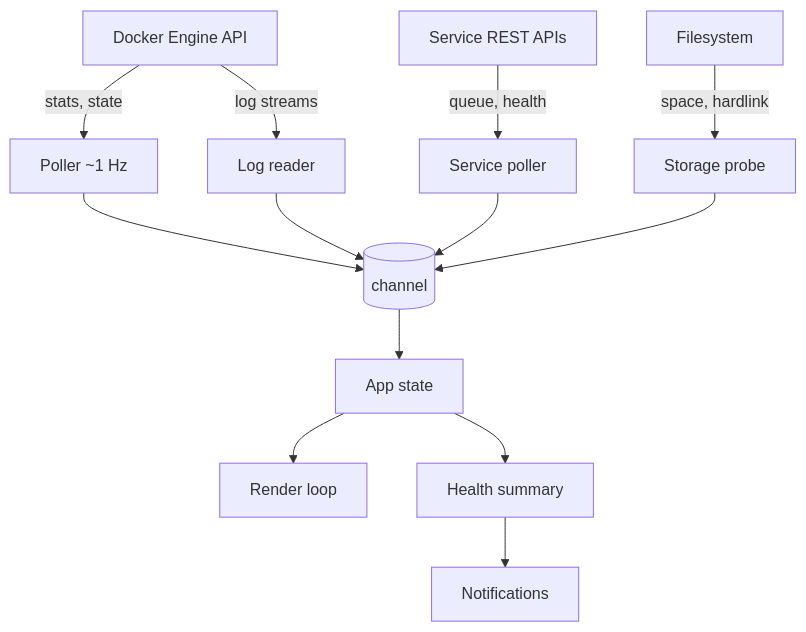
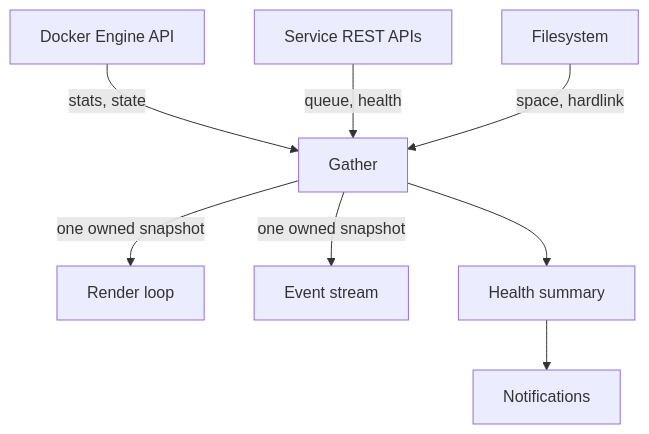
The third of 4 diagrams in 20-architecture/data-flow.md (lemonfiber/spec), drawn with Mermaid before and after one commit. The commit also changed other lines of this file and 24 other files, not shown here.

First line of the commit message:
feat(versions): every accepted row has a version or a reason, the architecture's too (#561)

````diff
--- a/20-architecture/data-flow.md
+++ b/20-architecture/data-flow.md
@@ -101,17 +101,11 @@
 ```mermaid
 flowchart TD
-    api[Docker Engine API] -->|stats, state| poll[Poller ~1 Hz]
-    api -->|log streams| lstream[Log reader]
-    svc[Service REST APIs] -->|queue, health| spoll[Service poller]
-    fsw[Filesystem] -->|space, hardlink| fscheck[Storage probe]
+    api[Docker Engine API] -->|stats, state| gather[Gather]
+    svc[Service REST APIs] -->|queue, health| gather
+    fsw[Filesystem] -->|space, hardlink| gather
 
-    poll --> ch[(channel)]
-    lstream --> ch
-    spoll --> ch
-    fscheck --> ch
-
-    ch --> state[App state]
-    state --> render[Render loop]
-    state --> health[Health summary]
+    gather -->|one owned snapshot| render[Render loop]
+    gather -->|one owned snapshot| stream[Event stream]
+    gather --> health[Health summary]
     health --> notify[Notifications]
 ```
````
